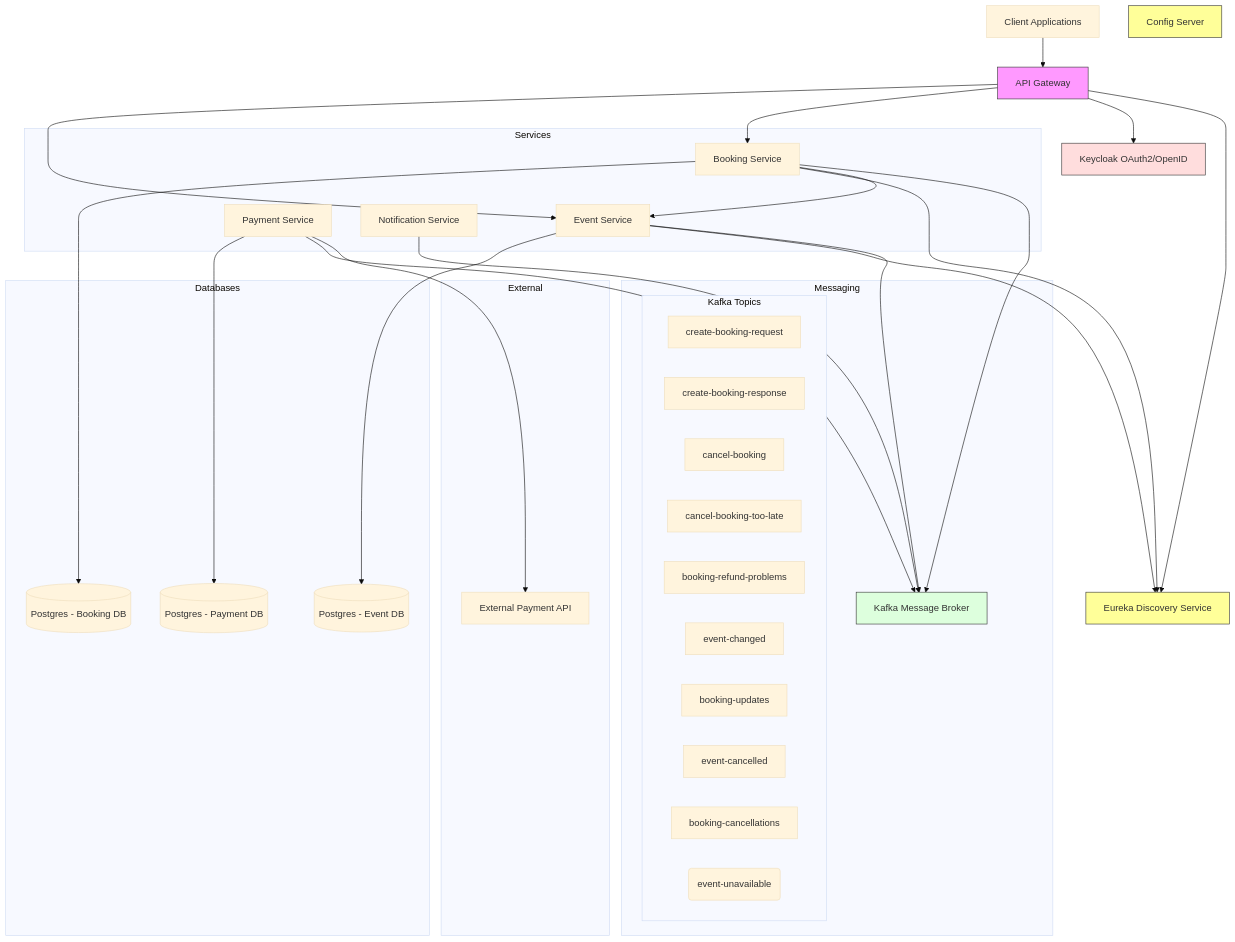
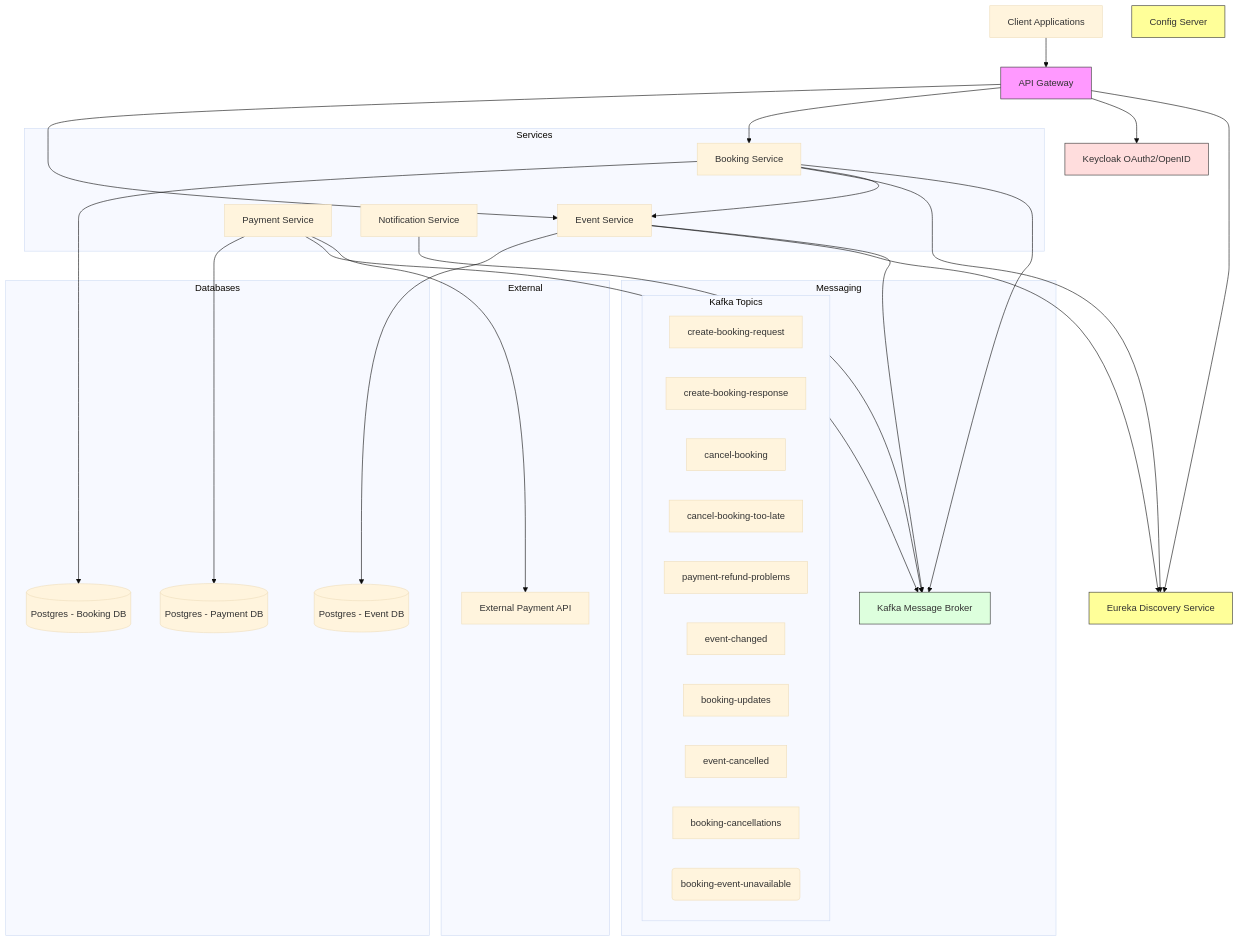
The diagram in system-architecture.mermaid (piper1970/event-booking-microservice), drawn with Mermaid (base theme) before and after one commit. The commit also changed 39 other files, not shown here.

First line of the commit message:
Avro schemas written. Added cancellation logic in booking based on missing edge path.

```diff
--- a/system-architecture.mermaid
+++ b/system-architecture.mermaid
@@ -1,69 +1,69 @@
 graph TB
     Client[Client Applications]
     Gateway[API Gateway]
     Config[Config Server]
     Eureka[Eureka Discovery Service]
     Keycloak[Keycloak OAuth2/OpenID]
     
     subgraph Services
         EventService[Event Service]
         BookingService[Booking Service]
         PaymentService[Payment Service]
         NotificationService[Notification Service]
     end
     
     subgraph Databases
         EventDB[(Postgres - Event DB)]
         BookingDB[(Postgres - Booking DB)]
         PaymentDB[(Postgres - Payment DB)]
     end
     
     subgraph Messaging
         Kafka[Kafka Message Broker]
         
         subgraph Kafka Topics
             topic1[create-booking-request]
             topic2[create-booking-response]
             topic3[cancel-booking]
             topic4[cancel-booking-too-late]
-            topic5[booking-refund-problems]
+            topic5[payment-refund-problems]
             topic6[event-changed]
             topic7[booking-updates]
             topic8[event-cancelled]
             topic9[booking-cancellations]
-            topic10(event-unavailable)
+            topic10(booking-event-unavailable)
         end
     end
     
     subgraph External
         PaymentAPI[External Payment API]
     end
     
     Client --> Gateway
     Gateway --> EventService
     Gateway --> BookingService
     
     Gateway --> Keycloak
     
     EventService --> EventDB
     BookingService --> BookingDB
     PaymentService --> PaymentDB
     
     EventService --> Eureka
     BookingService --> Eureka
     Gateway --> Eureka
     
     BookingService --> EventService
     
     BookingService --> Kafka
     PaymentService --> Kafka
     NotificationService --> Kafka
     EventService --> Kafka
     
     PaymentService --> PaymentAPI
     
     style Gateway fill:#f9f,stroke:#333
     style Eureka fill:#ff9,stroke:#333
     style Config fill:#ff9,stroke:#333
     style Kafka fill:#dfd,stroke:#333
     style Keycloak fill:#fdd,stroke:#333
```
